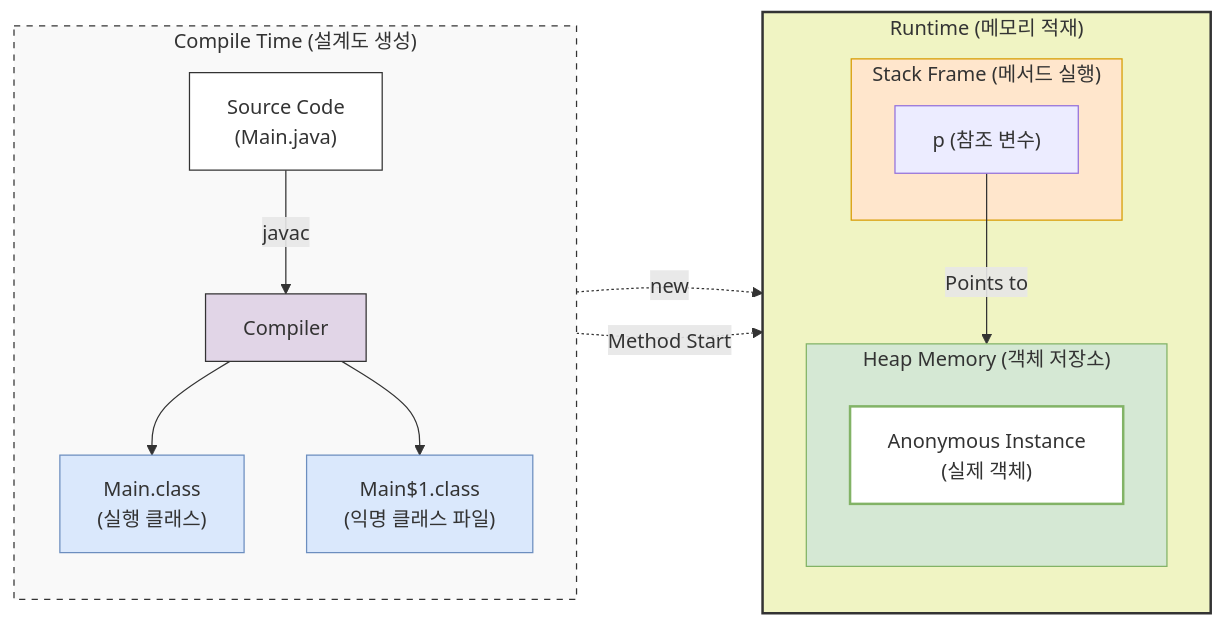
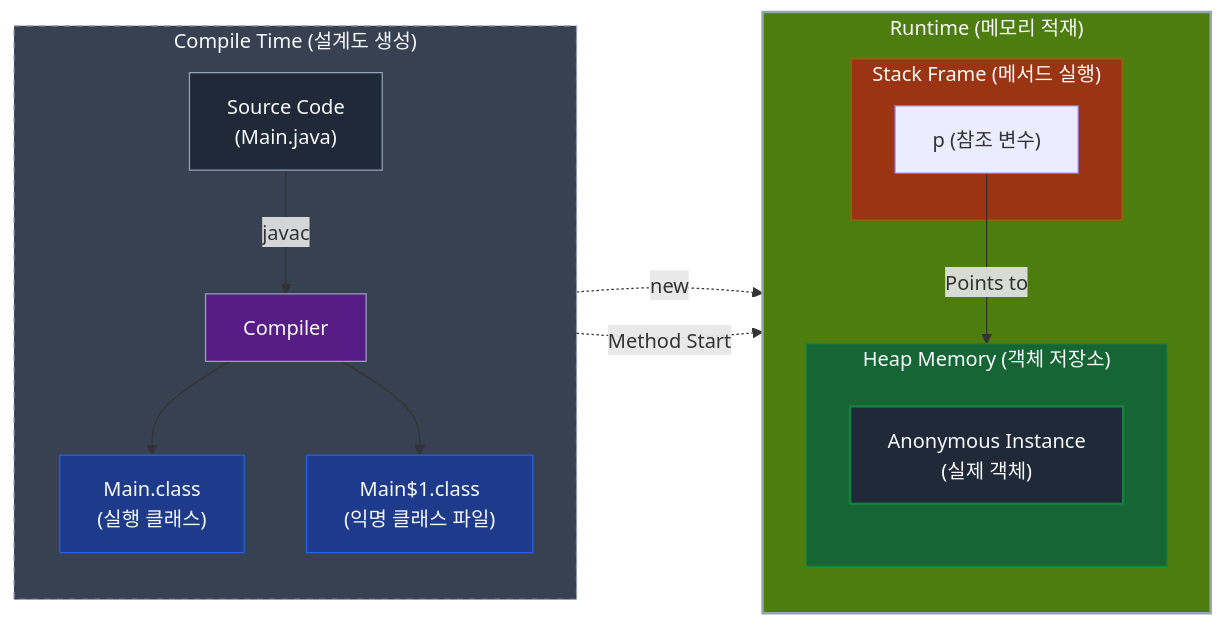
Before and after one commit to Kang-Hyesung/kang-hyesung.github.io: the diagram in _posts/java/10-내부_클래스,익명_객체,패키지/2026-01-28-익명-객체.md, drawn with Mermaid. The commit also changed 74 other files, not shown here.

Commit message:
docs: update post visibility and mermaid colors

````diff
--- a/_posts/java/10-내부_클래스,익명_객체,패키지/2026-01-28-익명-객체.md
+++ b/_posts/java/10-내부_클래스,익명_객체,패키지/2026-01-28-익명-객체.md
@@ -26,40 +26,40 @@
 ```mermaid
 graph LR
     subgraph CompileTime ["Compile Time (설계도 생성)"]
         direction TB
         Code["Source Code<br>(Main.java)"] -->|javac| Compiler["Compiler"]
         Compiler --> ClassFile["Main.class<br>(실행 클래스)"]
         Compiler --> AnonClassFile["Main$1.class<br>(익명 클래스 파일)"]
     end
 
     subgraph Runtime ["Runtime (메모리 적재)"]
         direction TB
         
         subgraph StackMemory ["Stack Frame (메서드 실행)"]
             RefVar["p (참조 변수)"]
         end
 
         subgraph HeapMemory ["Heap Memory (객체 저장소)"]
             direction TB
             AnonInstance["Anonymous Instance<br>(실제 객체)"]
         end
     end
 
     %% 연결 관계 (Loading & Reference)
     ClassFile -.->|Method Start| StackMemory
     AnonClassFile -.->|new| AnonInstance
     RefVar -->|Points to| AnonInstance
 
     %% 스타일 정의
-    style CompileTime fill:#f9f9f9,stroke:#333,stroke-dasharray: 5 5
-    style Runtime fill:#f0f4c3,stroke:#333,stroke-width:2px
+    style CompileTime fill:#374151,stroke:#94a3b8,stroke-dasharray: 5 5,color:#f8fafc
+    style Runtime fill:#4d7c0f,stroke:#94a3b8,stroke-width:2px,color:#f8fafc
     
-    style Code fill:#fff,stroke:#333
-    style Compiler fill:#e1d5e7,stroke:#333
-    style ClassFile fill:#dae8fc,stroke:#6c8ebf
-    style AnonClassFile fill:#dae8fc,stroke:#6c8ebf
+    style Code fill:#1f2937,stroke:#94a3b8,color:#f8fafc
+    style Compiler fill:#581c87,stroke:#94a3b8,color:#f8fafc
+    style ClassFile fill:#1e3a8a,stroke:#2563eb,color:#f8fafc
+    style AnonClassFile fill:#1e3a8a,stroke:#2563eb,color:#f8fafc
     
-    style StackMemory fill:#ffe6cc,stroke:#d79b00
-    style HeapMemory fill:#d5e8d4,stroke:#82b366
-    style AnonInstance fill:#fff,stroke:#82b366,stroke-width:2px
+    style StackMemory fill:#9a3412,stroke:#a16207,color:#f8fafc
+    style HeapMemory fill:#166534,stroke:#15803d,color:#f8fafc
+    style AnonInstance fill:#1f2937,stroke:#15803d,stroke-width:2px,color:#f8fafc
 ```
````
